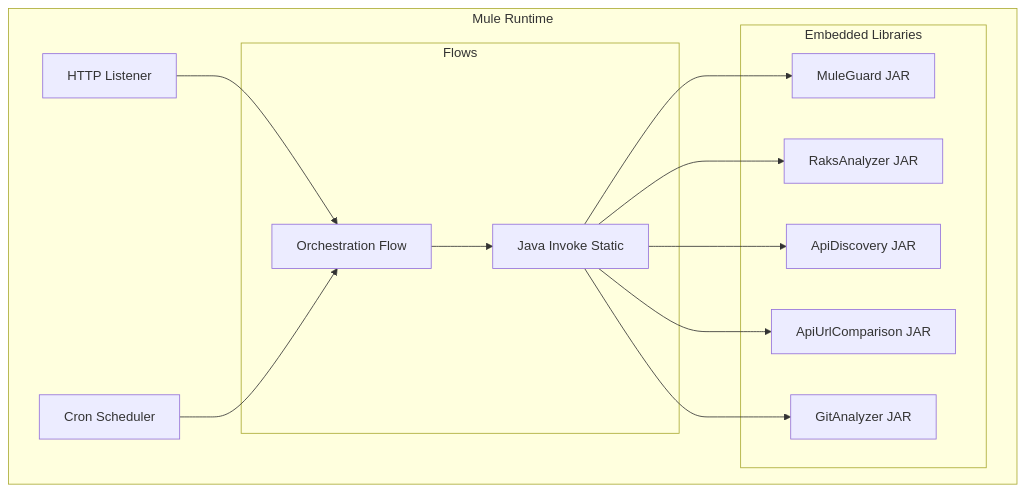
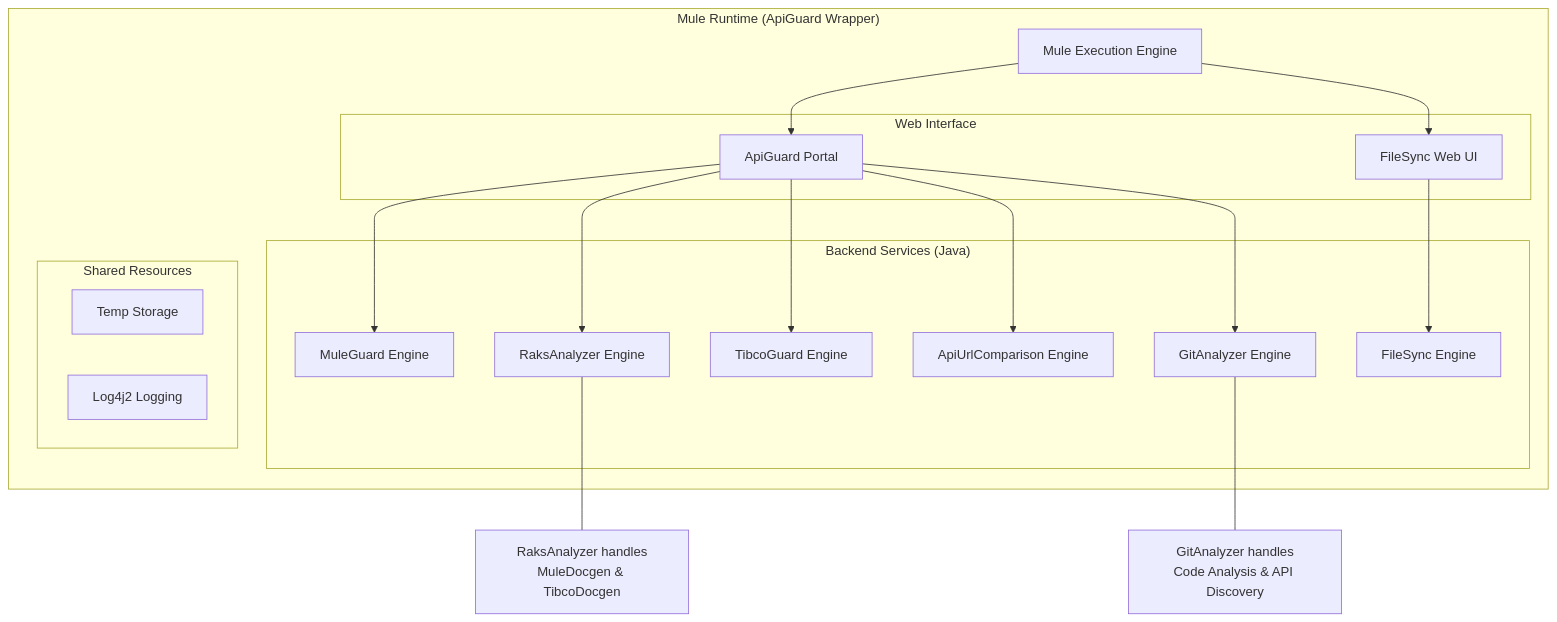
The diagram in apiguardwrapper/ENTERPRISE_ONBOARDING.md (raksjnu/apiguard), drawn with Mermaid before and after one commit. The commit also changed other lines of this file and 4 other files, not shown here.

````diff
--- a/apiguardwrapper/ENTERPRISE_ONBOARDING.md
+++ b/apiguardwrapper/ENTERPRISE_ONBOARDING.md
@@ -44,29 +44,41 @@
 ```mermaid
 graph TB
-    subgraph "Mule Runtime"
-        API[HTTP Listener]
-        Scheduler[Cron Scheduler]
+    subgraph "Mule Runtime (ApiGuard Wrapper)"
+        Mule[Mule Execution Engine]
         
-        subgraph "Flows"
-            Orch[Orchestration Flow]
-            Java[Java Invoke Static]
+        subgraph "Web Interface"
+            Portal[ApiGuard Portal]
+            SyncUI[FileSync Web UI]
         end
         
-        subgraph "Embedded Libraries"
-            MG[MuleGuard JAR]
-            RA[RaksAnalyzer JAR]
-            AD[ApiDiscovery JAR]
-            AUC[ApiUrlComparison JAR]
-            GA[GitAnalyzer JAR]
+        subgraph "Backend Services (Java)"
+            MG[MuleGuard Engine]
+            RA[RaksAnalyzer Engine]
+            TG[TibcoGuard Engine]
+            AUC[ApiUrlComparison Engine]
+            GA[GitAnalyzer Engine]
+            FS[FileSync Engine]
+        end
+        
+        subgraph "Shared Resources"
+            Temp[Temp Storage]
+            Logs[Log4j2 Logging]
         end
     end
     
-    API --> Orch
-    Scheduler --> Orch
-    Orch --> Java
-    Java --> MG
-    Java --> RA
-    Java --> AD
-    Java --> AUC
-    Java --> GA
+    Portal --> MG
+    Portal --> RA
+    Portal --> TG
+    Portal --> AUC
+    Portal --> GA
+    SyncUI --> FS
+    
+    Mule --> Portal
+    Mule --> SyncUI
+    
+    note1[RaksAnalyzer handles<br/>MuleDocgen & TibcoDocgen]
+    note2[GitAnalyzer handles<br/>Code Analysis & API Discovery]
+    
+    RA --- note1
+    GA --- note2
 ```
````
